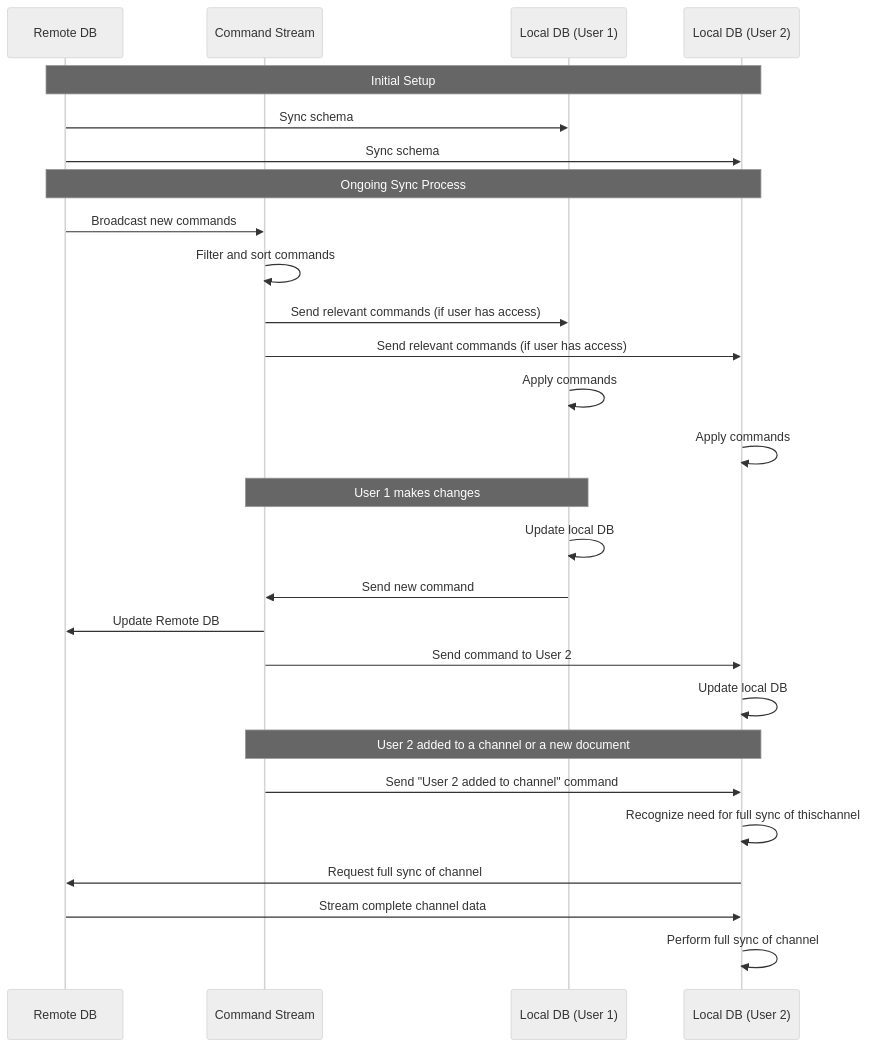
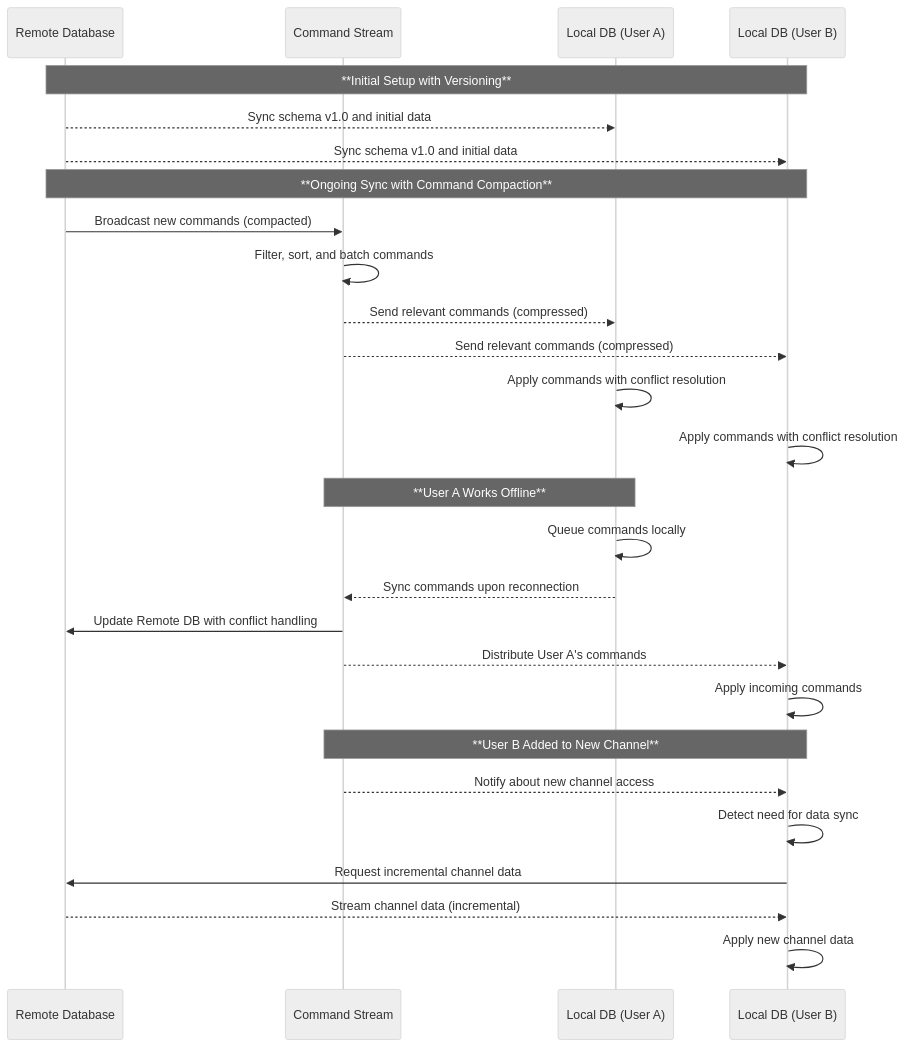
Before and after one commit to KATT/09-26-playing: the first of 3 diagrams in README.md, drawn with Mermaid (neutral theme). The commit also changed other lines of this file, not shown here.

````diff
--- a/README.md
+++ b/README.md
@@ -12,33 +12,34 @@
 ```mermaid
 sequenceDiagram
-    participant RDB as Remote DB
+    participant RDB as Remote Database
     participant CS as Command Stream
-    participant LDB1 as Local DB (User 1)
-    participant LDB2 as Local DB (User 2)
+    participant LDB1 as Local DB (User A)
+    participant LDB2 as Local DB (User B)
 
-    Note over RDB,LDB2: Initial Setup
-    RDB->>LDB1: Sync schema
-    RDB->>LDB2: Sync schema
+    Note over RDB,LDB2: **Initial Setup with Versioning**
+    RDB-->>LDB1: Sync schema v1.0 and initial data
+    RDB-->>LDB2: Sync schema v1.0 and initial data
 
-    Note over RDB,LDB2: Ongoing Sync Process
-    RDB->>CS: Broadcast new commands
-    CS->>CS: Filter and sort commands
-    CS->>LDB1: Send relevant commands (if user has access)
-    CS->>LDB2: Send relevant commands (if user has access)
-    LDB1->>LDB1: Apply commands
-    LDB2->>LDB2: Apply commands
-    Note over LDB1,CS: User 1 makes changes
-    LDB1->>LDB1: Update local DB
-    LDB1->>CS: Send new command
-    CS->>RDB: Update Remote DB
-    CS->>LDB2: Send command to User 2
-    LDB2->>LDB2: Update local DB
+    Note over RDB,LDB2: **Ongoing Sync with Command Compaction**
+    RDB->>CS: Broadcast new commands (compacted)
+    CS->>CS: Filter, sort, and batch commands
+    CS-->>LDB1: Send relevant commands (compressed)
+    CS-->>LDB2: Send relevant commands (compressed)
+    LDB1->>LDB1: Apply commands with conflict resolution
+    LDB2->>LDB2: Apply commands with conflict resolution
 
-    Note over CS,LDB2: User 2 added to a channel or a new document
-    CS->>LDB2: Send "User 2 added to channel" command
-    LDB2->>LDB2: Recognize need for full sync of thischannel
-    LDB2->>RDB: Request full sync of channel
-    RDB->>LDB2: Stream complete channel data
-    LDB2->>LDB2: Perform full sync of channel
+    Note over LDB1,CS: **User A Works Offline**
+    LDB1->>LDB1: Queue commands locally
+    LDB1-->>CS: Sync commands upon reconnection
+    CS->>RDB: Update Remote DB with conflict handling
+    CS-->>LDB2: Distribute User A's commands
+    LDB2->>LDB2: Apply incoming commands
+
+    Note over CS,LDB2: **User B Added to New Channel**
+    CS-->>LDB2: Notify about new channel access
+    LDB2->>LDB2: Detect need for data sync
+    LDB2->>RDB: Request incremental channel data
+    RDB-->>LDB2: Stream channel data (incremental)
+    LDB2->>LDB2: Apply new channel data
 
 ```
````
